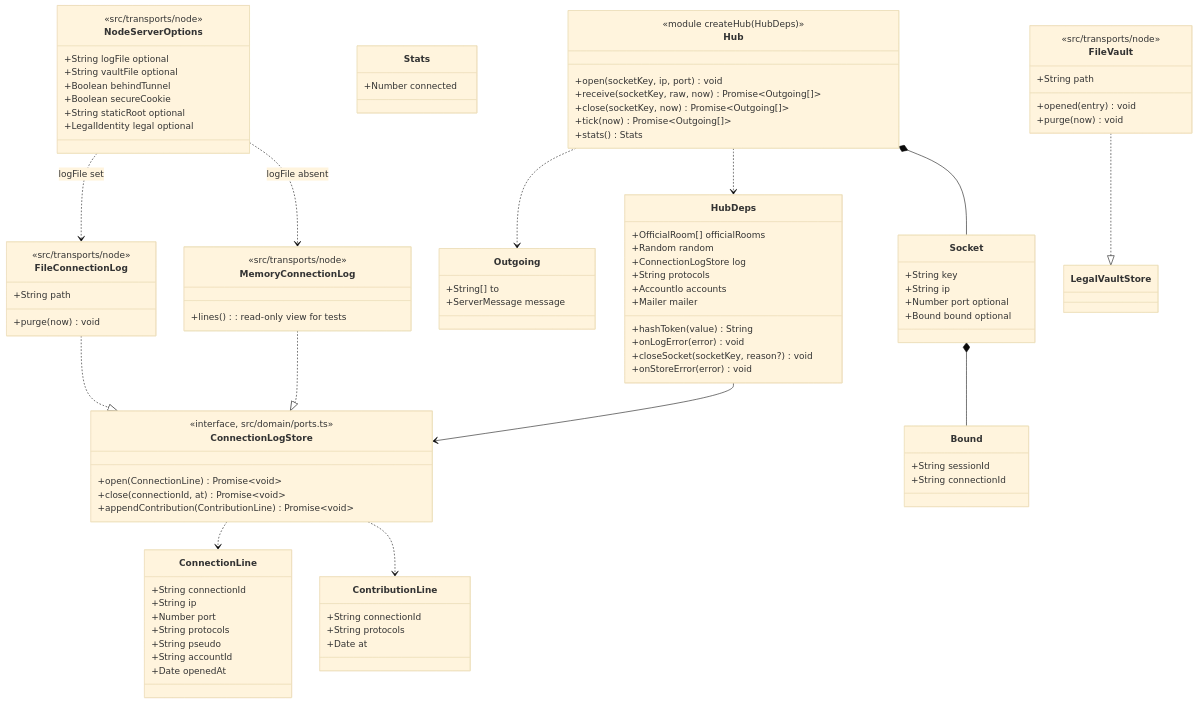
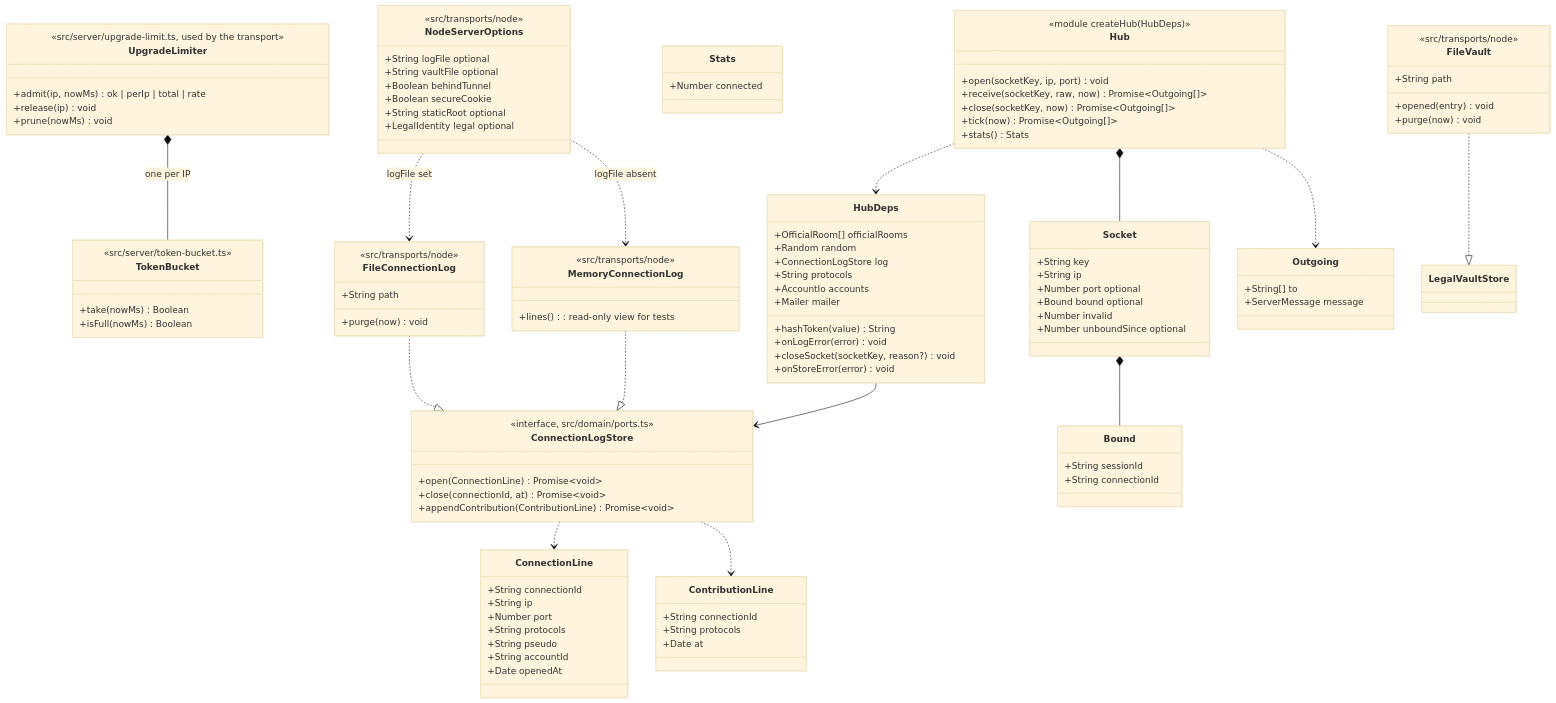
The first of 2 diagrams in docs/architecture/diagrams/platform/04c-class-server-hub.md (benoit-bremaud/asv), drawn with Mermaid (base theme) before and after one commit. The commit also changed other lines of this file and 4 other files, not shown here.

Commit message:
docs(architecture): model upgrade limits and unbound socket close (BR-089)

```diff
--- a/docs/architecture/diagrams/platform/04c-class-server-hub.md
+++ b/docs/architecture/diagrams/platform/04c-class-server-hub.md
@@ -62,7 +62,21 @@
     +String ip
     +Number port optional
     +Bound bound optional
+    +Number invalid
+    +Number unboundSince optional
   }
+  class UpgradeLimiter {
+    <<src/server/upgrade-limit.ts, used by the transport>>
+    +admit(ip, nowMs) ok | perIp | total | rate
+    +release(ip) void
+    +prune(nowMs) void
+  }
+  class TokenBucket {
+    <<src/server/token-bucket.ts>>
+    +take(nowMs) Boolean
+    +isFull(nowMs) Boolean
+  }
+  UpgradeLimiter *-- TokenBucket : one per IP
   class Bound {
     +String sessionId
     +String connectionId
```
